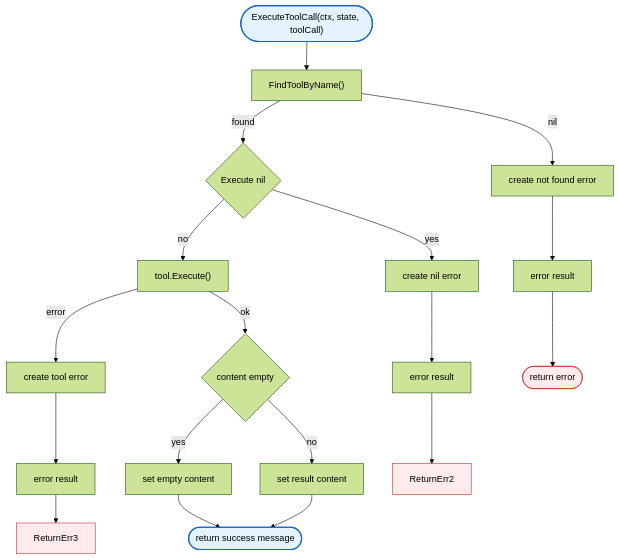
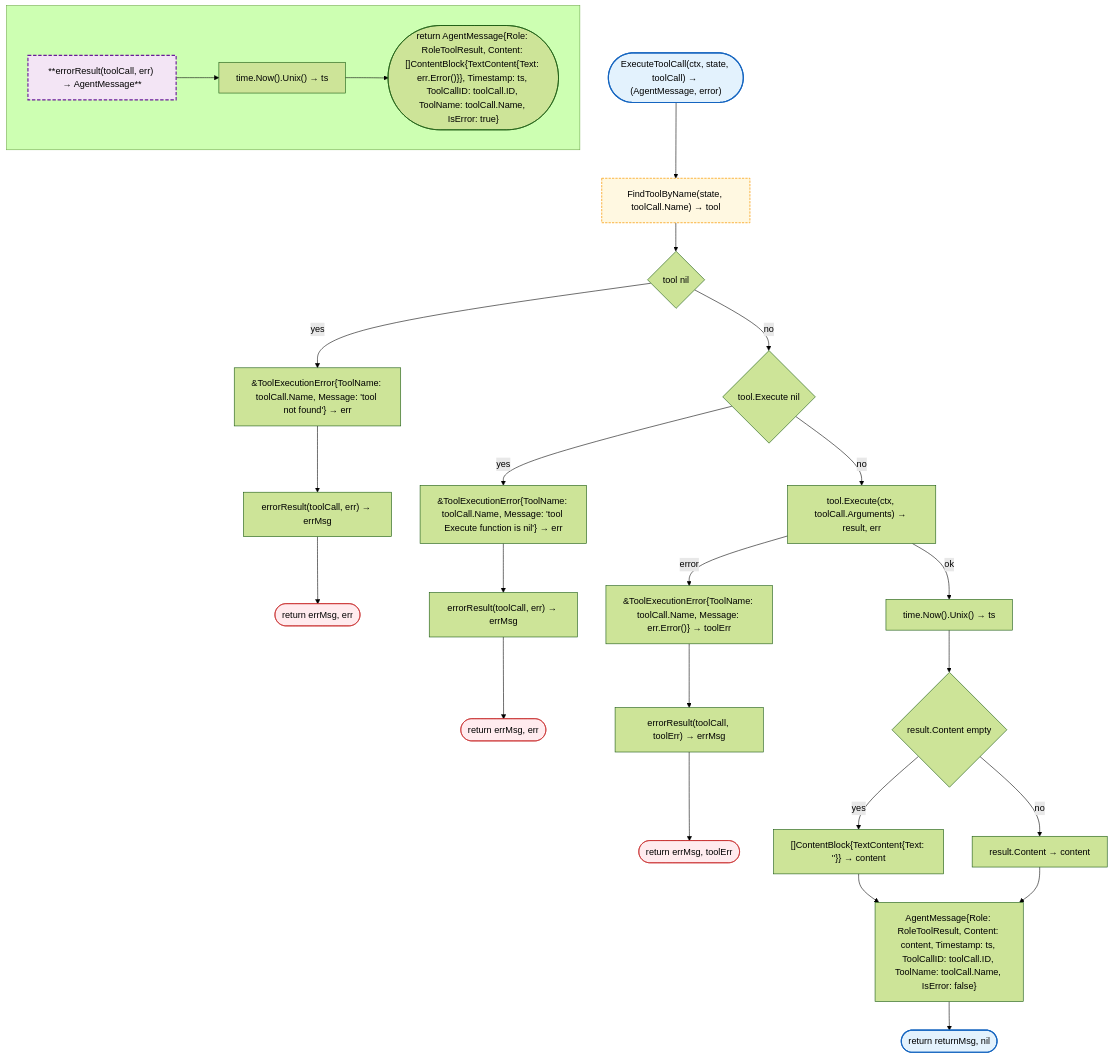
One commit to radch-ai/ava changed the first of 2 diagrams in docs/internal/agent/tool.md. Above: the diagram before and after it, drawn with Mermaid (forest theme). The commit also changed other lines of this file and 23 other files, not shown here.

First line of the commit message:
docs: replace Functions sections with separate flowcharts for each function

````diff
--- a/docs/internal/agent/tool.md
+++ b/docs/internal/agent/tool.md
@@ -7,26 +7,39 @@
 ```mermaid
 flowchart TB
-    Start(["ExecuteToolCall(ctx, state, toolCall)"]) --> FindTool["FindToolByName()"]
-    FindTool -->|nil| CreateErr1["create not found error"]
-    FindTool -->|found| CheckExecute{Execute nil}
-    CheckExecute -->|yes| CreateErr2["create nil error"]
-    CheckExecute -->|no| CallExecute["tool.Execute()"]
-    CreateErr1 --> ErrorResult1["error result"]
-    CreateErr2 --> ErrorResult2["error result"]
-    CallExecute -->|error| CreateToolErr["create tool error"]
-    CallExecute -->|ok| CheckContent{content empty}
-    CreateToolErr --> ErrorResult3["error result"]
-    CheckContent -->|yes| SetEmpty["set empty content"]
-    CheckContent -->|no| SetContent["set result content"]
-    SetEmpty --> ReturnOk(["return success message"])
-    SetContent --> ReturnOk
-    ErrorResult1 --> ReturnErr1(["return error"])
-    ErrorResult2 --> ReturnErr2
-    ErrorResult3 --> ReturnErr3
+    Start(["ExecuteToolCall(ctx, state, toolCall) → (AgentMessage, error)"]) --> FindTool["FindToolByName(state, toolCall.Name) → tool"]
+    FindTool --> CheckTool{tool nil}
+    CheckTool -->|yes| CreateErr1["&ToolExecutionError{ToolName: toolCall.Name, Message: 'tool not found'} → err"]
+    CreateErr1 --> ErrorResult1["errorResult(toolCall, err) → errMsg"]
+    ErrorResult1 --> Err1(["return errMsg, err"])
+    CheckTool -->|no| CheckExecute{tool.Execute nil}
+    CheckExecute -->|yes| CreateErr2["&ToolExecutionError{ToolName: toolCall.Name, Message: 'tool Execute function is nil'} → err"]
+    CreateErr2 --> ErrorResult2["errorResult(toolCall, err) → errMsg"]
+    ErrorResult2 --> Err2(["return errMsg, err"])
+    CheckExecute -->|no| ExecuteTool["tool.Execute(ctx, toolCall.Arguments) → result, err"]
+    ExecuteTool -->|error| CreateErr3["&ToolExecutionError{ToolName: toolCall.Name, Message: err.Error()} → toolErr"]
+    CreateErr3 --> ErrorResult3["errorResult(toolCall, toolErr) → errMsg"]
+    ErrorResult3 --> Err3(["return errMsg, toolErr"])
+    ExecuteTool -->|ok| GetTime["time.Now().Unix() → ts"]
+    GetTime --> CheckContent{result.Content empty}
+    CheckContent -->|yes| SetEmpty["[]ContentBlock{TextContent{Text: ''}} → content"]
+    SetEmpty --> ReturnMsg["AgentMessage{Role: RoleToolResult, Content: content, Timestamp: ts, ToolCallID: toolCall.ID, ToolName: toolCall.Name, IsError: false}"]
+    CheckContent -->|no| SetContent["result.Content → content"]
+    SetContent --> ReturnMsg
+    ReturnMsg --> Ok(["return returnMsg, nil"])
+
+    subgraph SGErrorResult [" "]
+        HErrorResult1["**errorResult(toolCall, err) → AgentMessage**"]
+        HErrorResult1 --> GetTime1["time.Now().Unix() → ts"]
+        GetTime1 --> ReturnErr1(["return AgentMessage{Role: RoleToolResult, Content: []ContentBlock{TextContent{Text: err.Error()}}, Timestamp: ts, ToolCallID: toolCall.ID, ToolName: toolCall.Name, IsError: true}"])
+    end
 
     classDef mainFn fill:#e3f2fd,stroke:#1565c0,stroke-width:2px
+    classDef internalFn fill:#f3e5f5,stroke:#6a1b9a,stroke-width:2px,stroke-dasharray:6 3
+    classDef localPkgs fill:#fff8e1,stroke:#f9a825,stroke-width:1.5px,stroke-dasharray:4 2
     classDef errorFlow fill:#ffebee,stroke:#c62828,stroke-width:1px
 
-    class Start,ReturnOk,ReturnErr1,ReturnErr2,ReturnErr3 mainFn
-    class ReturnErr1,ReturnErr2,ReturnErr3 errorFlow
+    class Start,Ok,Err1,Err2,Err3 mainFn
+    class FindTool localPkgs
+    class HErrorResult1 internalFn
+    class Err1,Err2,Err3 errorFlow
 ```
````
